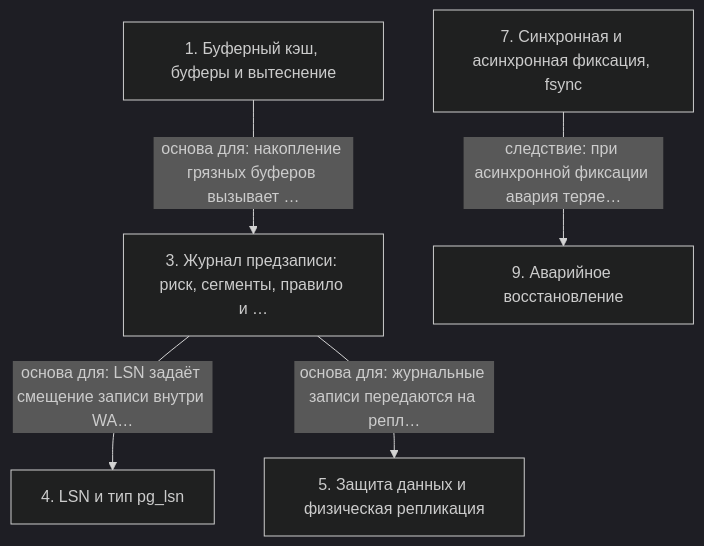
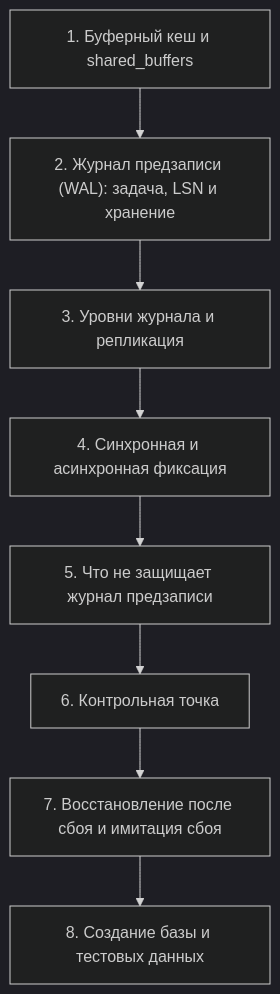
One commit to AsoloCode/notes changed the diagram in postgres-dev1/05 - DEV1-16. 04. Буферный кеш и журнал/notes.md. Above: the diagram before and after it, drawn with Mermaid (dark theme). The commit also changed other lines of this file and 503 other files, not shown here.

First line of the commit message:
Обновить конспекты PostgreSQL (QPT-16, DEV1-16): слайды, схемы, факт-чек

````diff
--- a/postgres-dev1/05 - DEV1-16. 04. Буферный кеш и журнал/notes.md
+++ b/postgres-dev1/05 - DEV1-16. 04. Буферный кеш и журнал/notes.md
@@ -122,13 +229,18 @@
 ```mermaid
 flowchart TD
-    n1["1. Буферный кэш, буферы и вытеснение"]
-    n3["3. Журнал предзаписи: риск, сегменты, правило и …"]
-    n4["4. LSN и тип pg_lsn"]
-    n5["5. Защита данных и физическая репликация"]
-    n7["7. Синхронная и асинхронная фиксация, fsync"]
-    n9["9. Аварийное восстановление"]
-    n1 -->|основа для: накопление грязных буферов вызывает …| n3
-    n3 -->|основа для: LSN задаёт смещение записи внутри WA…| n4
-    n3 -->|основа для: журнальные записи передаются на репл…| n5
-    n7 -->|следствие: при асинхронной фиксации авария теряе…| n9
+    n1["1. Буферный кеш и shared_buffers"]
+    n2["2. Журнал предзаписи (WAL): задача, LSN и хранение"]
+    n3["3. Уровни журнала и репликация"]
+    n4["4. Синхронная и асинхронная фиксация"]
+    n5["5. Что не защищает журнал предзаписи"]
+    n6["6. Контрольная точка"]
+    n7["7. Восстановление после сбоя и имитация сбоя"]
+    n8["8. Создание базы и тестовых данных"]
+    n1 --> n2
+    n2 --> n3
+    n3 --> n4
+    n4 --> n5
+    n5 --> n6
+    n6 --> n7
+    n7 --> n8
 ```
````
